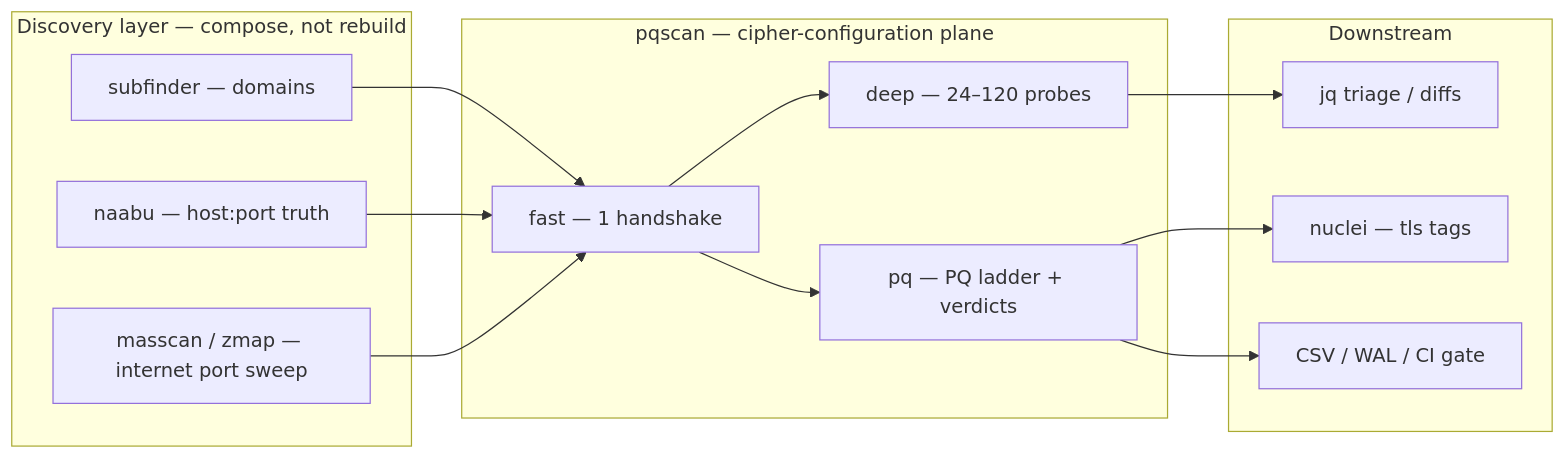
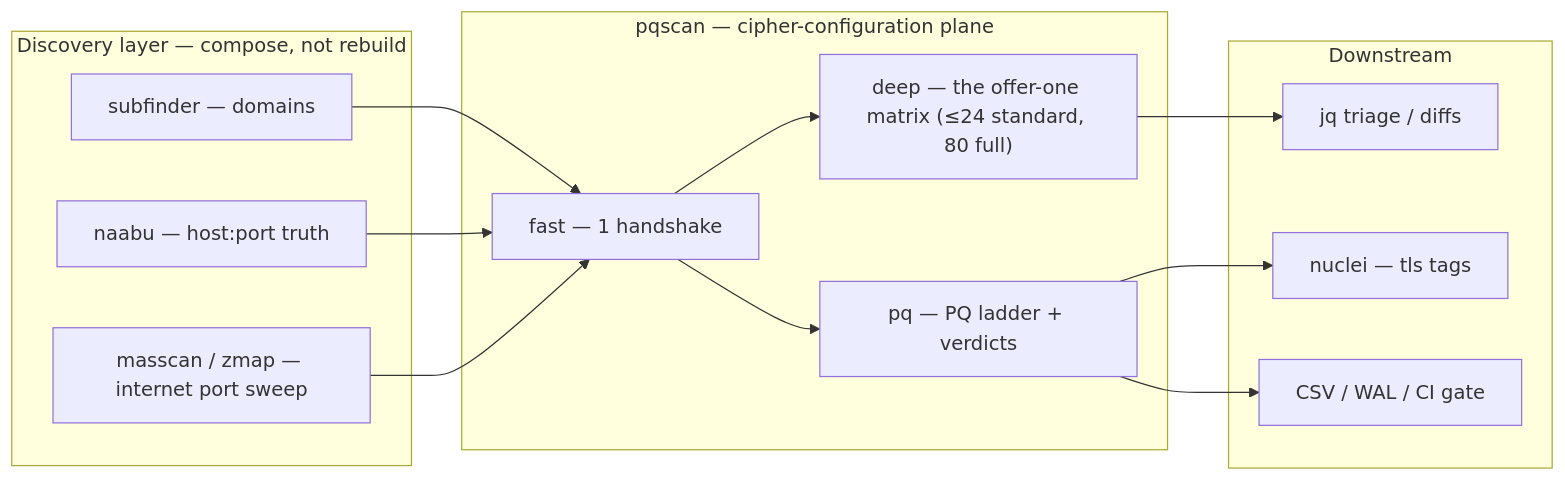
Before and after one commit to shsingh/pqscan: the diagram in site/recipes.qmd, drawn with Mermaid. The commit also changed other lines of this file and 3 other files, not shown here.

````diff
--- a/site/recipes.qmd
+++ b/site/recipes.qmd
@@ -11,26 +11,26 @@
 ``` {mermaid}
 flowchart LR
   subgraph DISC["Discovery layer — compose, not rebuild"]
     S[subfinder — domains]
     N[naabu — host:port truth]
     M[masscan / zmap — internet port sweep]
   end
   subgraph PQ["pqscan — cipher-configuration plane"]
     P1["fast — 1 handshake"]
-    P2["deep — 24–120 probes"]
+    P2["deep — the offer-one matrix (≤24 standard, 80 full)"]
     P3["pq — PQ ladder + verdicts"]
   end
   subgraph SINK["Downstream"]
     J[jq triage / diffs]
     U[nuclei — tls tags]
     R[CSV / WAL / CI gate]
   end
   S --> P1
   N --> P1
   M --> P1
   P1 --> P2
   P1 --> P3
   P2 --> J
   P3 --> U
   P3 --> R
 ```
````
